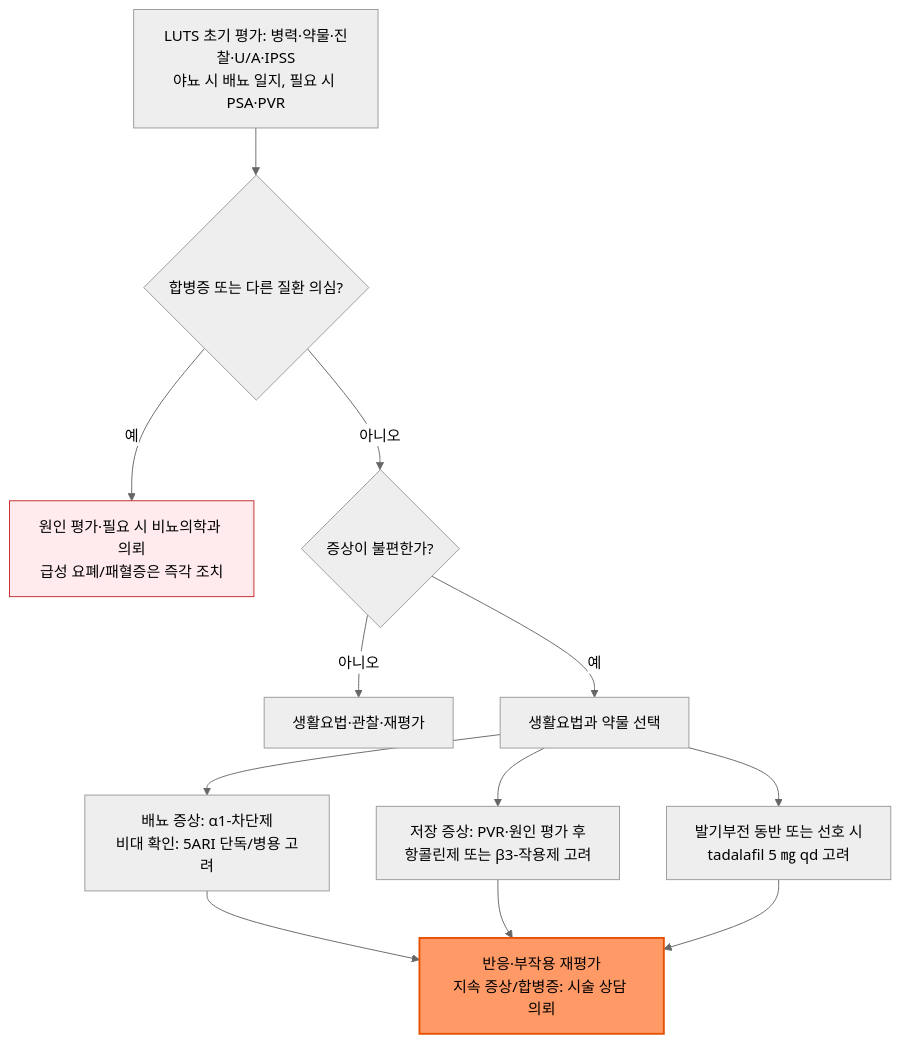
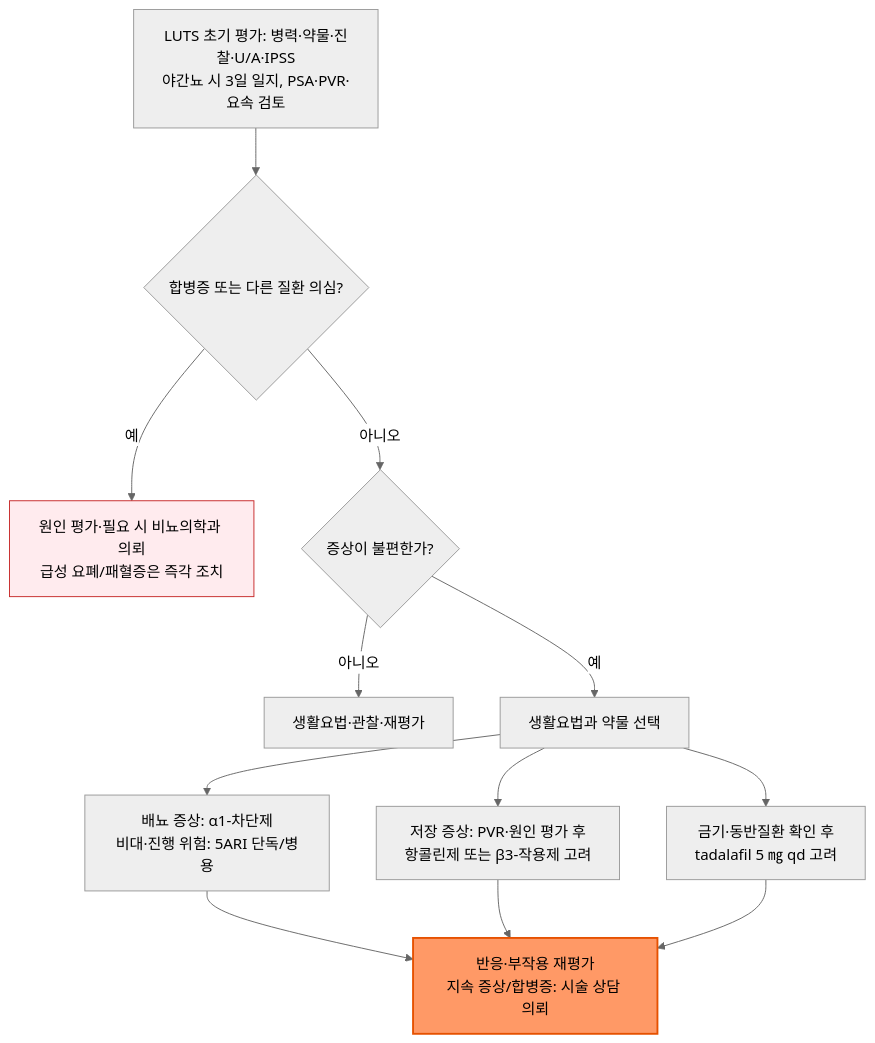
The second of 2 diagrams in 227_/124_-bph.md (familyoh77/familyoh77), drawn with Mermaid (neutral theme) before and after one commit. The commit also changed other lines of this file and 9 other files, not shown here.

````diff
--- a/227_/124_-bph.md
+++ b/227_/124_-bph.md
@@ -341,16 +175,16 @@
 ```mermaid
 graph TD
-    A["LUTS 초기 평가: 병력·약물·진찰·U/A·IPSS<br/>야뇨 시 배뇨 일지, 필요 시 PSA·PVR"] --> B{"합병증 또는 다른 질환 의심?"}
+    A["LUTS 초기 평가: 병력·약물·진찰·U/A·IPSS<br/>야간뇨 시 3일 일지, PSA·PVR·요속 검토"] --> B{"합병증 또는 다른 질환 의심?"}
     B -->|예| C["원인 평가·필요 시 비뇨의학과 의뢰<br/>급성 요폐/패혈증은 즉각 조치"]
     B -->|아니오| D{"증상이 불편한가?"}
     D -->|아니오| E["생활요법·관찰·재평가"]
     D -->|예| F["생활요법과 약물 선택"]
-    F --> G["배뇨 증상: α1-차단제<br/>비대 확인: 5ARI 단독/병용 고려"]
+    F --> G["배뇨 증상: α1-차단제<br/>비대·진행 위험: 5ARI 단독/병용"]
     F --> H["저장 증상: PVR·원인 평가 후<br/>항콜린제 또는 β3-작용제 고려"]
-    F --> I["발기부전 동반 또는 선호 시<br/>tadalafil 5 ㎎ qd 고려"]
+    F --> I["금기·동반질환 확인 후<br/>tadalafil 5 ㎎ qd 고려"]
     G --> J["반응·부작용 재평가<br/>지속 증상/합병증: 시술 상담 의뢰"]
     H --> J
     I --> J
     style C fill:#ffebee,stroke:#c62828
     style J fill:#f96,stroke:#e65100,stroke-width:2px
 ```
````
